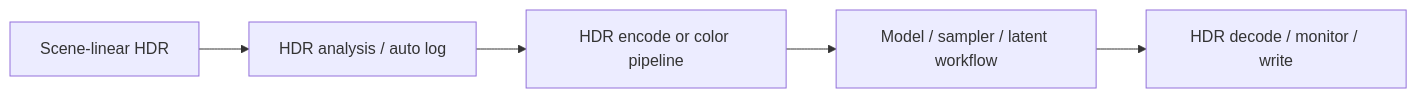
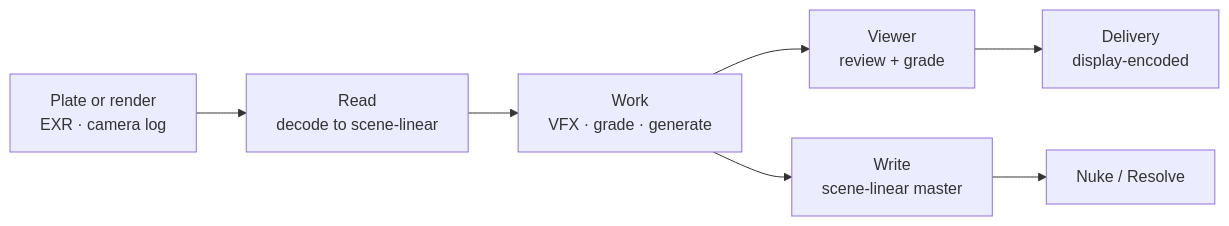
The diagram in docs/concepts.md (fxtdstudios/radiance-beta), drawn with Mermaid before and after one commit. The commit also changed other lines of this file and 23 other files, not shown here.

````diff
--- a/docs/concepts.md
+++ b/docs/concepts.md
@@ -49,7 +158,9 @@
 ```mermaid
 flowchart LR
-    A["Scene-linear HDR"] --> B["HDR analysis / auto log"]
-    B --> C["HDR encode or color pipeline"]
-    C --> D["Model / sampler / latent workflow"]
-    D --> E["HDR decode / monitor / write"]
+    A["Plate or render<br/>EXR · camera log"] --> B["Read<br/>decode to scene-linear"]
+    B --> C["Work<br/>VFX · grade · generate"]
+    C --> D["Viewer<br/>review + grade"]
+    C --> E["Write<br/>scene-linear master"]
+    D --> F["Delivery<br/>display-encoded"]
+    E --> G["Nuke / Resolve"]
 ```
````
